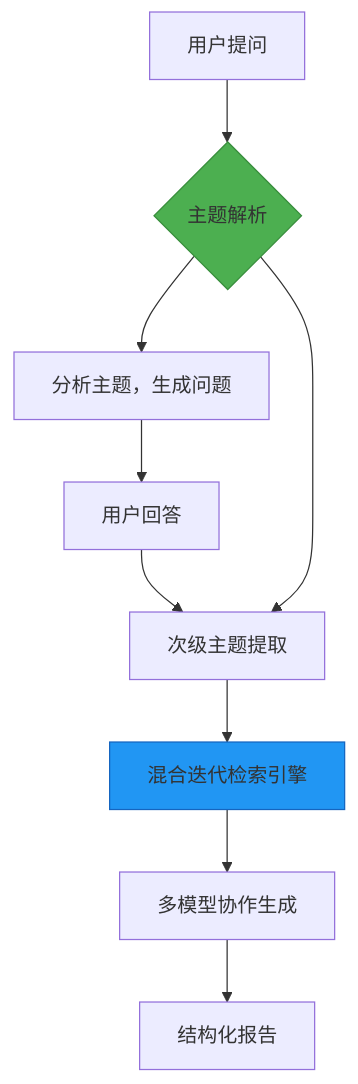
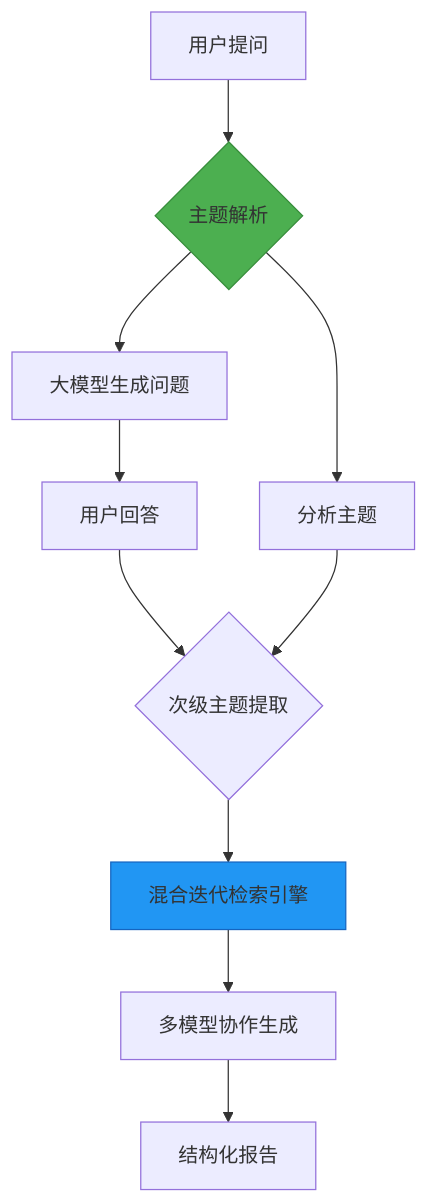
One commit to zard1152/Decision-helper changed the diagram in README.md. Above: the diagram before and after it, drawn with Mermaid.

````diff
--- a/README.md
+++ b/README.md
@@ -19,14 +19,15 @@
 ```mermaid
 graph TD
     A[用户提问] --> B{主题解析}
-    B --> F[分析主题，生成问题]
+    B --> F[大模型生成问题]
     F --> H[用户回答]
     H --> C
-    B --> C[次级主题提取]
+    B --> I[分析主题]
+    I --> C{次级主题提取}
     C --> D[混合迭代检索引擎]
     D --> E[多模型协作生成]
     E --> G[结构化报告]
     
     style B fill:#4CAF50,stroke:#388E3C
     style D fill:#2196F3,stroke:#1565C0
 ```
````
